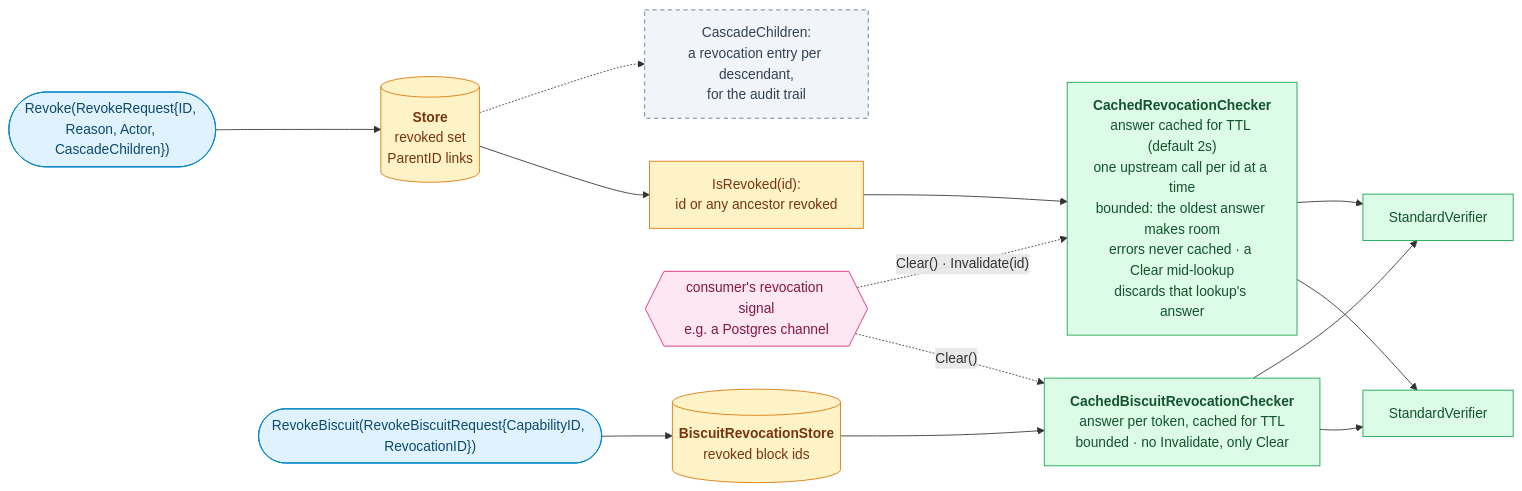
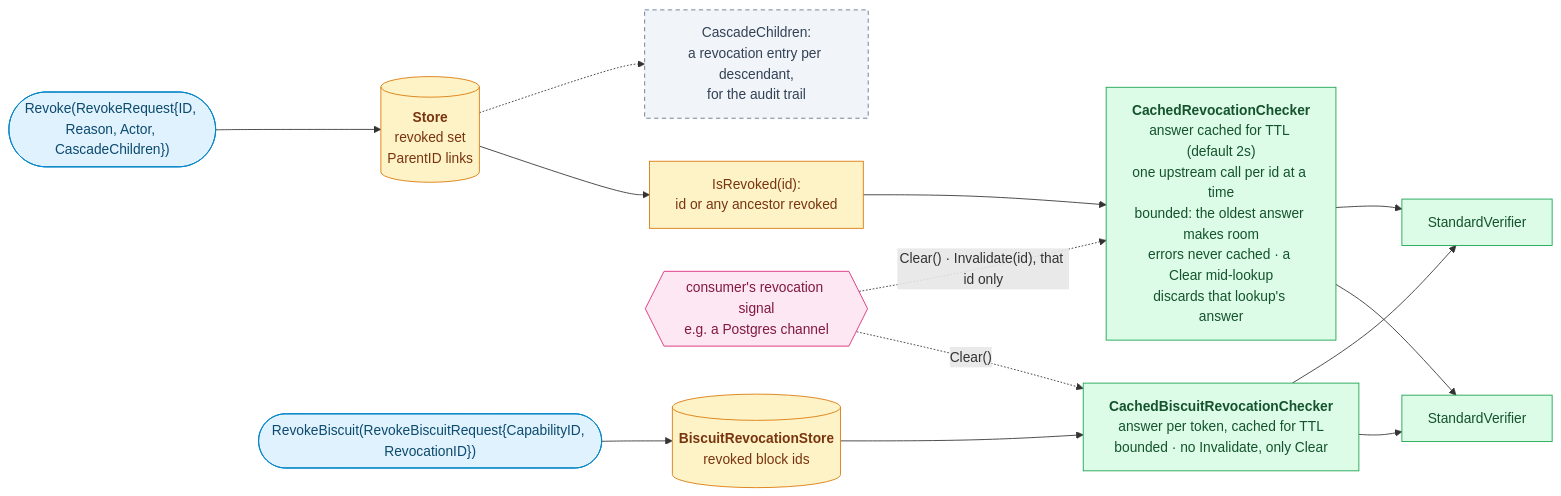
One commit to oleg-tkachuk/limes changed diagram 11 of 11 in docs/diagrams.md. Above: the diagram before and after it, drawn with Mermaid. The commit also changed other lines of this file, not shown here.

First line of the commit message:
docs(diagrams): put the 503 row first and correct the cache, key and budget edges

````diff
--- a/docs/diagrams.md
+++ b/docs/diagrams.md
@@ -683,36 +686,36 @@
 ```mermaid
 flowchart LR
     op(["Revoke(RevokeRequest{ID, Reason, Actor, CascadeChildren})"])
     store[("<b>Store</b><br/>revoked set<br/>ParentID links")]
     cascade["CascadeChildren:<br/>a revocation entry per descendant,<br/>for the audit trail"]
     chain["IsRevoked(id):<br/>id or any ancestor revoked"]
     cache["<b>CachedRevocationChecker</b><br/>answer cached for TTL (default 2s)<br/>one upstream call per id at a time<br/>bounded: the oldest answer makes room<br/>errors never cached · a Clear mid-lookup<br/>discards that lookup's answer"]
     notify{{"consumer's revocation signal<br/>e.g. a Postgres channel"}}
     bop(["RevokeBiscuit(RevokeBiscuitRequest{CapabilityID, RevocationID})"])
     blist[("<b>BiscuitRevocationStore</b><br/>revoked block ids")]
     bcache["<b>CachedBiscuitRevocationChecker</b><br/>answer per token, cached for TTL<br/>bounded · no Invalidate, only Clear"]
     v1["StandardVerifier"]
     v2["StandardVerifier"]
 
     op --> store
     store -.-> cascade
     store --> chain --> cache
     cache --> v1
     cache --> v2
-    notify -. "Clear() · Invalidate(id)" .-> cache
+    notify -. "Clear() · Invalidate(id), that id only" .-> cache
     bop --> blist --> bcache
     bcache --> v1
     bcache --> v2
     notify -. "Clear()" .-> bcache
 
     classDef client fill:#E0F2FE,stroke:#0284C7,color:#0C4A6E
     classDef role fill:#DCFCE7,stroke:#16A34A,color:#14532D
     classDef optional fill:#F1F5F9,stroke:#64748B,color:#334155,stroke-dasharray:5 4
     classDef store fill:#FEF3C7,stroke:#D97706,color:#78350F
     classDef external fill:#FCE7F3,stroke:#DB2777,color:#831843
     class op,bop client
     class v1,v2,cache,bcache role
     class cascade optional
     class store,chain,blist store
     class notify external
 ```
````
